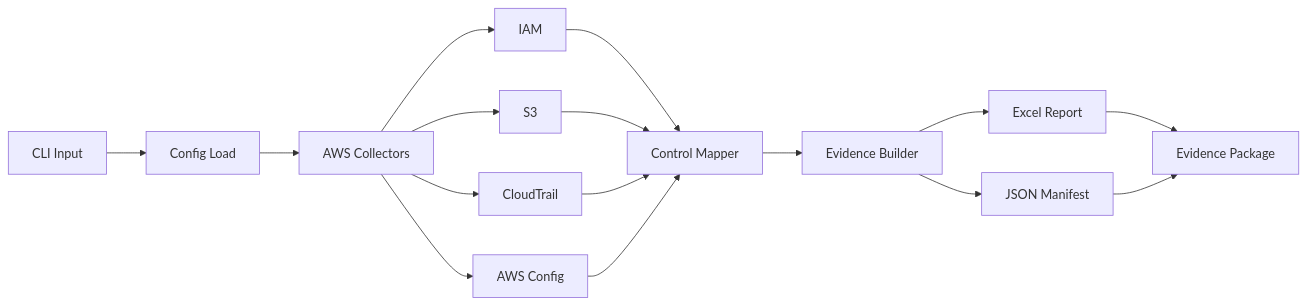
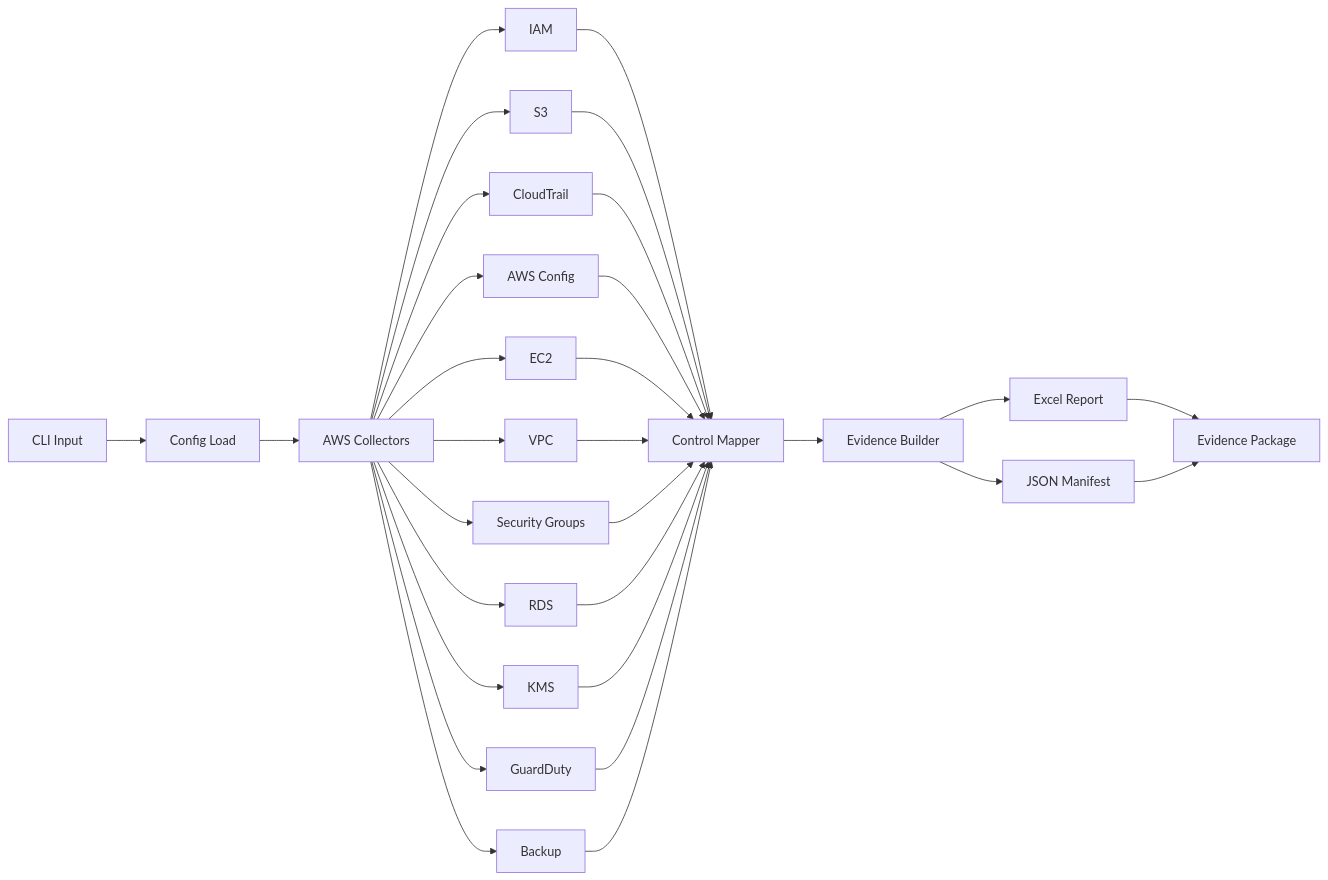
Before and after one commit to AnandSundar/compliance-harvester: the diagram in README.md, drawn with Mermaid. The commit also changed other lines of this file, not shown here.

Commit message:
Keep only README.md public for security - source code kept local

````diff
--- a/README.md
+++ b/README.md
@@ -59,18 +59,32 @@
 ```mermaid
 graph LR
     A[CLI Input] --> B[Config Load]
     B --> C[AWS Collectors]
     C --> D[IAM]
     C --> E[S3]
     C --> F[CloudTrail]
     C --> G[AWS Config]
-    D --> H[Control Mapper]
-    E --> H
-    F --> H
-    G --> H
-    H --> I[Evidence Builder]
-    I --> J[Excel Report]
-    I --> K[JSON Manifest]
-    J --> L[Evidence Package]
-    K --> L
+    C --> H[EC2]
+    C --> I[VPC]
+    C --> J[Security Groups]
+    C --> K[RDS]
+    C --> L[KMS]
+    C --> M[GuardDuty]
+    C --> N[Backup]
+    D --> O[Control Mapper]
+    E --> O
+    F --> O
+    G --> O
+    H --> O
+    I --> O
+    J --> O
+    K --> O
+    L --> O
+    M --> O
+    N --> O
+    O --> P[Evidence Builder]
+    P --> Q[Excel Report]
+    P --> R[JSON Manifest]
+    Q --> S[Evidence Package]
+    R --> S
 ```
````
